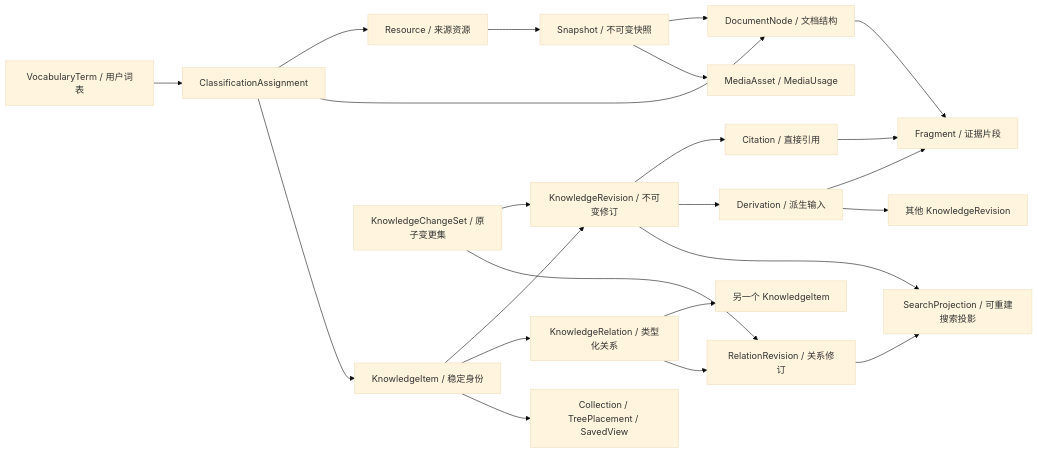
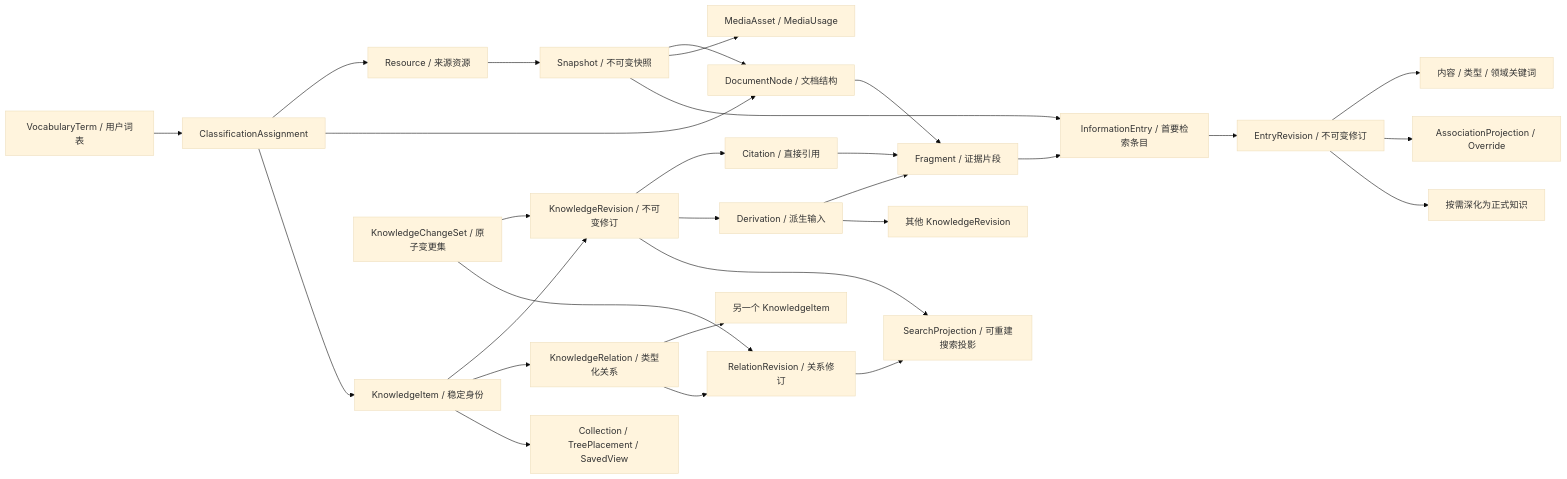
Before and after one commit to tntexploding/StruInfo: the diagram in docs/knowledge-core-architecture.md, drawn with Mermaid (base theme). The commit also changed other lines of this file and 11 other files, not shown here.

Commit message:
docs(architecture): adopt information-entry-first workflow

````diff
--- a/docs/knowledge-core-architecture.md
+++ b/docs/knowledge-core-architecture.md
@@ -39,30 +44,37 @@
 ```mermaid
 flowchart LR
   Resource["Resource / 来源资源"] --> Snapshot["Snapshot / 不可变快照"]
   Snapshot --> DocumentNode["DocumentNode / 文档结构"]
   DocumentNode --> Fragment["Fragment / 证据片段"]
   Snapshot --> Media["MediaAsset / MediaUsage"]
+
+  Snapshot --> Entry["InformationEntry / 首要检索条目"]
+  Fragment --> Entry
+  Entry --> EntryRevision["EntryRevision / 不可变修订"]
+  EntryRevision --> EntryKeywords["内容 / 类型 / 领域关键词"]
+  EntryRevision --> Association["AssociationProjection / Override"]
+  EntryRevision --> OptionalKnowledge["按需深化为正式知识"]
 
   Item["KnowledgeItem / 稳定身份"] --> Revision["KnowledgeRevision / 不可变修订"]
   Revision --> Citation["Citation / 直接引用"]
   Citation --> Fragment
   Revision --> Derivation["Derivation / 派生输入"]
   Derivation --> Fragment
   Derivation --> InputRevision["其他 KnowledgeRevision"]
 
   Item --> Relation["KnowledgeRelation / 类型化关系"]
   Relation --> OtherItem["另一个 KnowledgeItem"]
   Relation --> RelationRevision["RelationRevision / 关系修订"]
 
   Vocabulary["VocabularyTerm / 用户词表"] --> Classification["ClassificationAssignment"]
   Classification --> Resource
   Classification --> DocumentNode
   Classification --> Item
 
   ChangeSet["KnowledgeChangeSet / 原子变更集"] --> Revision
   ChangeSet --> RelationRevision
   Item --> Placement["Collection / TreePlacement / SavedView"]
 
   Revision --> SearchProjection["SearchProjection / 可重建搜索投影"]
   RelationRevision --> SearchProjection
 ```
````
